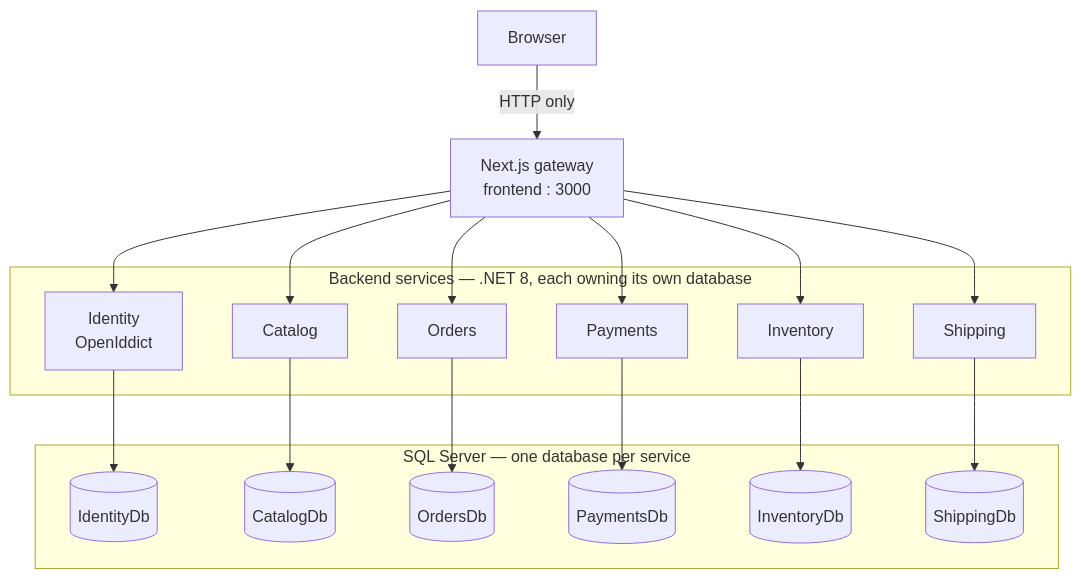
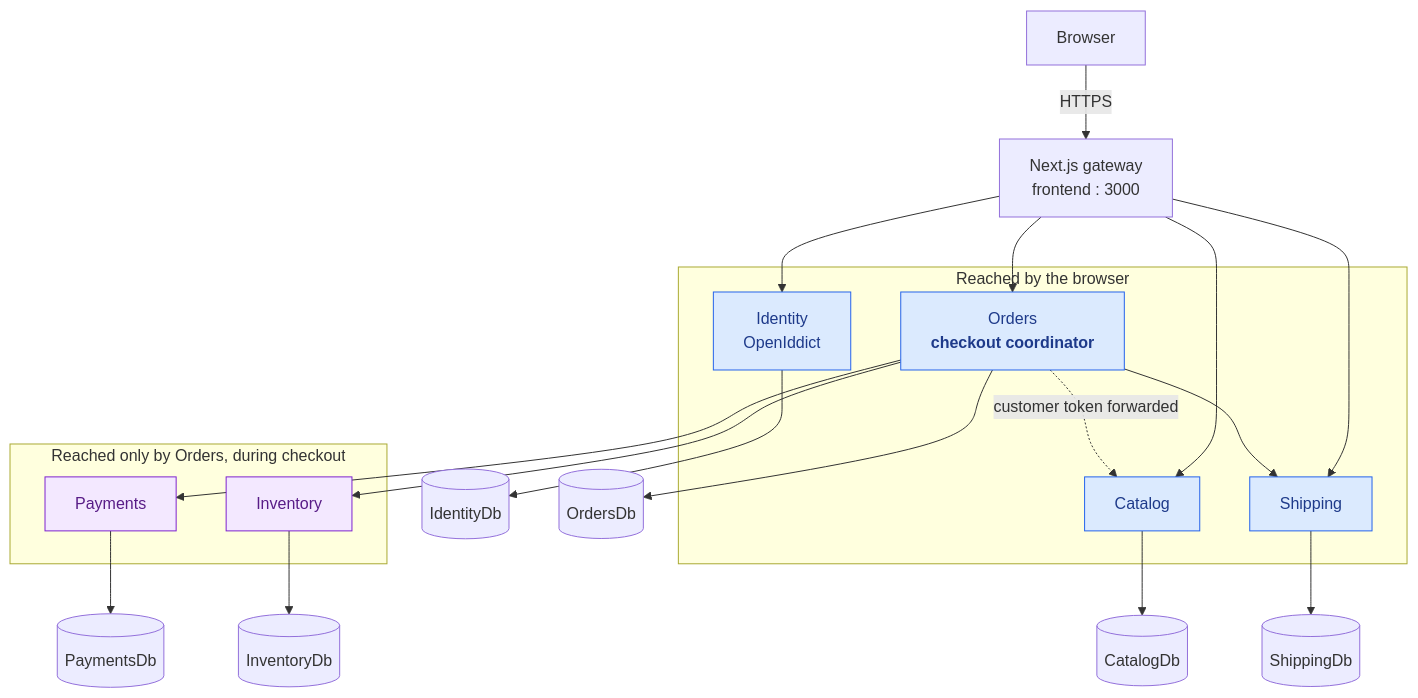
Before and after one commit to renanmoraisdasilva/luna: the third of 3 diagrams in README.md, drawn with Mermaid. The commit also changed other lines of this file and 6 other files, not shown here.

Commit message:
docs: add an architecture document for the system as it stands, and correct the service topology

````diff
--- a/README.md
+++ b/README.md
@@ -88,36 +88,38 @@
 ```mermaid
 flowchart TB
-    Browser["Browser"] -->|"HTTP only"| GW["Next.js gateway<br/>frontend : 3000"]
+    Browser["Browser"] -->|"HTTPS"| GW["Next.js gateway<br/>frontend : 3000"]
 
-    subgraph Svc["Backend services — .NET 8, each owning its own database"]
+    subgraph Facing["Reached by the browser"]
         Identity["Identity<br/>OpenIddict"]
         Catalog["Catalog"]
-        Orders["Orders"]
-        Payments["Payments"]
-        Inventory["Inventory"]
+        Orders["Orders<br/><b>checkout coordinator</b>"]
         Shipping["Shipping"]
     end
 
-    subgraph Data["SQL Server — one database per service"]
-        IdDb[("IdentityDb")]
-        CatDb[("CatalogDb")]
-        OrdDb[("OrdersDb")]
-        PayDb[("PaymentsDb")]
-        InvDb[("InventoryDb")]
-        ShipDb[("ShippingDb")]
+    subgraph Checkout["Reached only by Orders, during checkout"]
+        Payments["Payments"]
+        Inventory["Inventory"]
     end
 
     GW --> Identity
     GW --> Catalog
     GW --> Orders
-    GW --> Payments
-    GW --> Inventory
     GW --> Shipping
 
-    Identity --> IdDb
-    Catalog --> CatDb
-    Orders --> OrdDb
-    Payments --> PayDb
-    Inventory --> InvDb
-    Shipping --> ShipDb
+    Orders --> Payments
+    Orders --> Inventory
+    Orders --> Shipping
+    Orders -.->|"customer token forwarded"| Catalog
+
+    Identity --> IdDb[("IdentityDb")]
+    Catalog --> CatDb[("CatalogDb")]
+    Orders --> OrdDb[("OrdersDb")]
+    Payments --> PayDb[("PaymentsDb")]
+    Inventory --> InvDb[("InventoryDb")]
+    Shipping --> ShipDb[("ShippingDb")]
+
+    classDef facing fill:#dbeafe,stroke:#2563eb,color:#1e3a8a
+    classDef internal fill:#f3e8ff,stroke:#7e22ce,color:#581c87
+    class Identity,Catalog,Orders,Shipping facing
+    class Payments,Inventory internal
 ```
````
